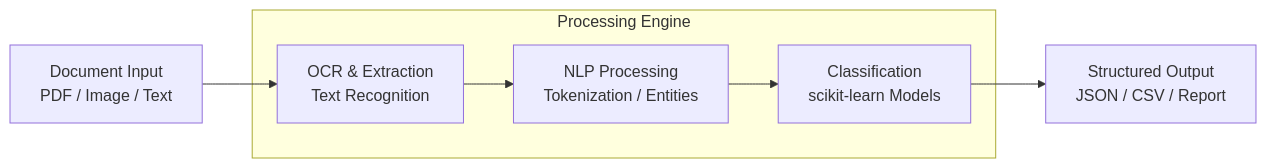
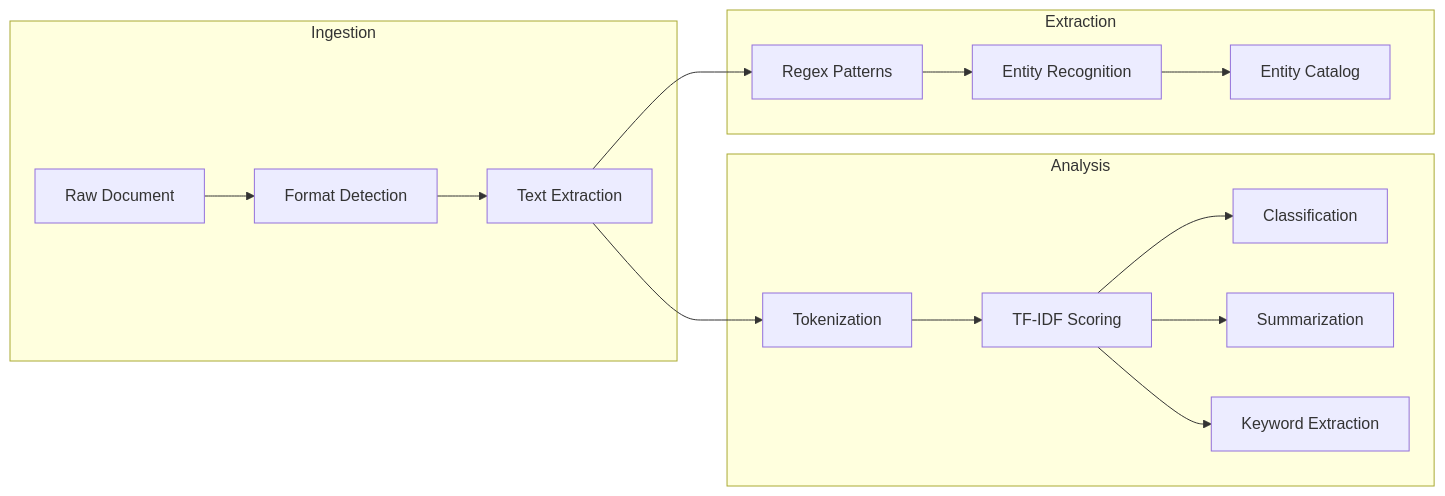
One commit to galafis/Document-Intelligence-System changed the second of 3 diagrams in README.md. Above: the diagram before and after it, drawn with Mermaid. The commit also changed other lines of this file and 9 other files, not shown here.

````diff
--- a/README.md
+++ b/README.md
@@ -22,13 +48,19 @@
 ```mermaid
 flowchart LR
-    A[Document Input\nPDF / Image / Text] --> B[OCR & Extraction\nText Recognition]
-    B --> C[NLP Processing\nTokenization / Entities]
-    C --> D[Classification\nscikit-learn Models]
-    D --> E[Structured Output\nJSON / CSV / Report]
-
-    subgraph Processing Engine
-        B
-        C
-        D
+    subgraph Ingestion
+        A1[Raw Document] --> A2[Format Detection]
+        A2 --> A3[Text Extraction]
+    end
+    subgraph Analysis
+        A3 --> B1[Tokenization]
+        B1 --> B2[TF-IDF Scoring]
+        B2 --> B3[Classification]
+        B2 --> B4[Summarization]
+        B2 --> B5[Keyword Extraction]
+    end
+    subgraph Extraction
+        A3 --> C1[Regex Patterns]
+        C1 --> C2[Entity Recognition]
+        C2 --> C3[Entity Catalog]
     end
 ```
````
